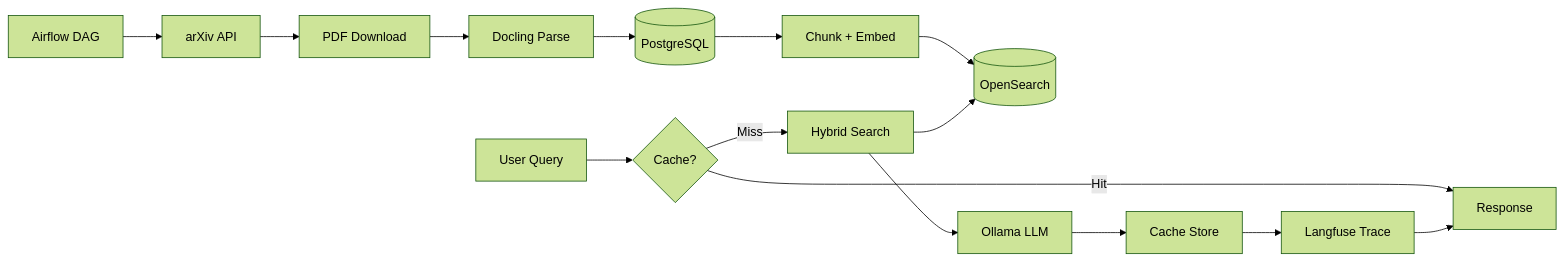
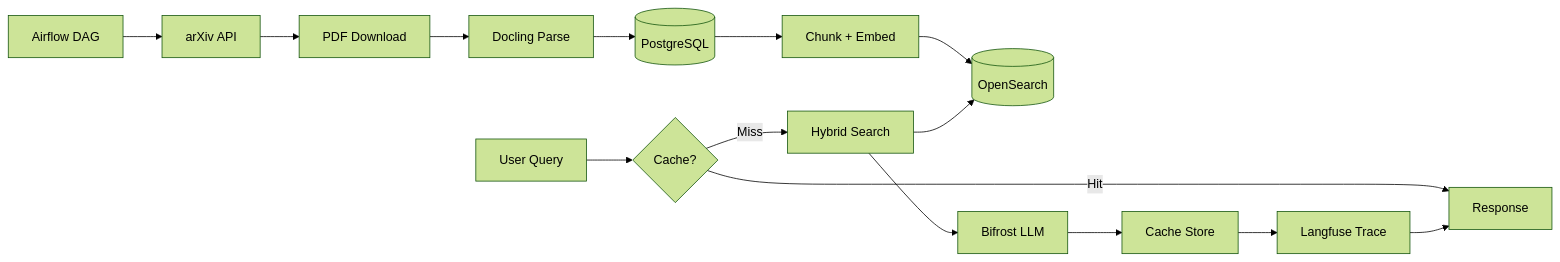
One commit to apssouza22/production-rag changed the diagram in docs/onboarding.md. Above: the diagram before and after it, drawn with Mermaid (forest theme). The commit also changed other lines of this file and 40 other files, not shown here.

````diff
--- a/docs/onboarding.md
+++ b/docs/onboarding.md
@@ -509,18 +404,18 @@
 ```mermaid
 flowchart LR
     A[Airflow DAG] --> B[arXiv API]
     B --> C[PDF Download]
     C --> D[Docling Parse]
     D --> E[(PostgreSQL)]
     E --> F[Chunk + Embed]
     F --> G[(OpenSearch)]
 
     H[User Query] --> I{Cache?}
     I -->|Hit| J[Response]
     I -->|Miss| K[Hybrid Search]
     K --> G
-    K --> L[Ollama LLM]
+    K --> L[Bifrost LLM]
     L --> M[Cache Store]
     M --> N[Langfuse Trace]
     N --> J
 ```
````
